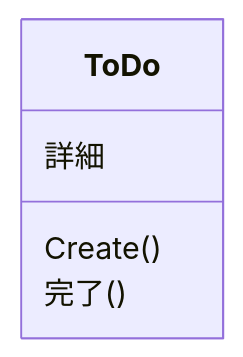
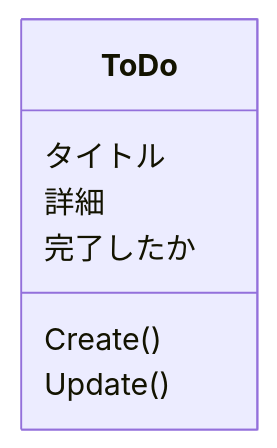
One commit to jigintern/intern-dev-tutorial changed the diagram in design/imgs/design-todo01.mmd. Above: the diagram before and after it, drawn with Mermaid. The commit also changed 2 other files, not shown here.

Commit message:
完了とUpdateに変更して、オブジェクト抽出図を合わせた

```diff
--- a/design/imgs/design-todo01.mmd
+++ b/design/imgs/design-todo01.mmd
@@ -1,4 +1,6 @@
 classDiagram
+    ToDo : タイトル
     ToDo : 詳細
+    ToDo : 完了したか
     ToDo: Create()
-    ToDo: 完了()
+    ToDo: Update()
```
